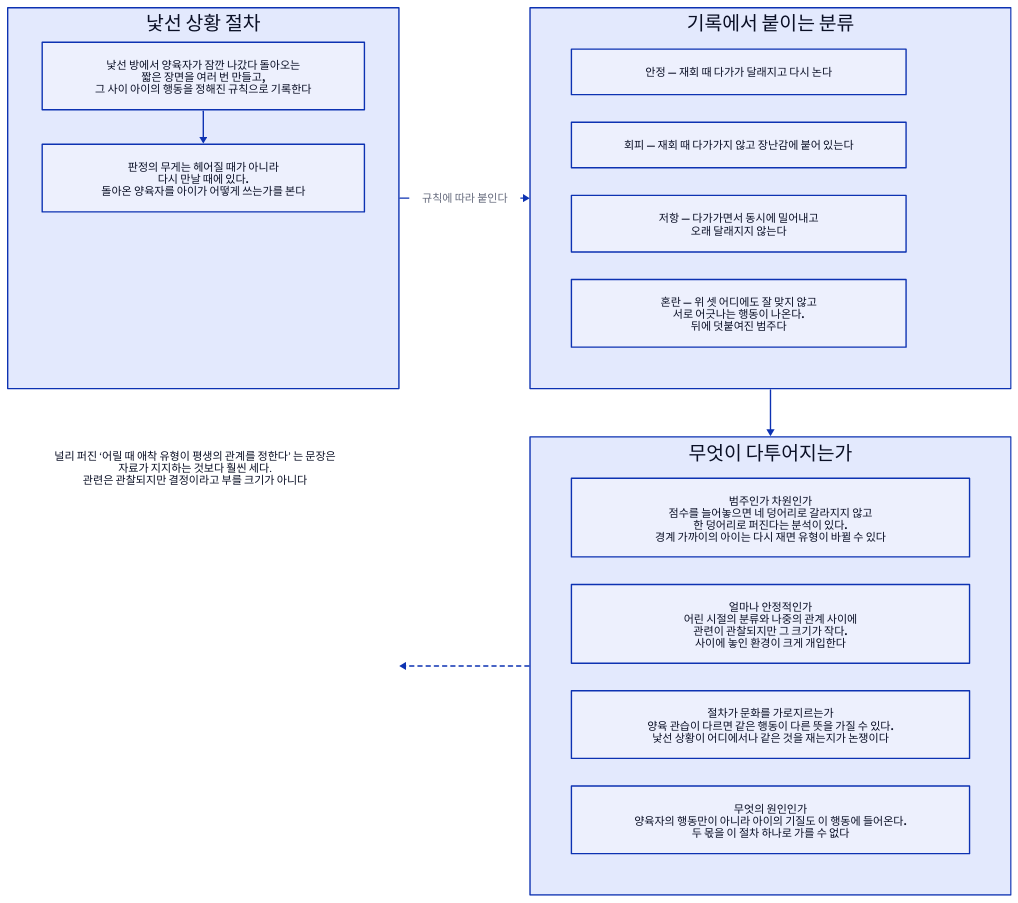
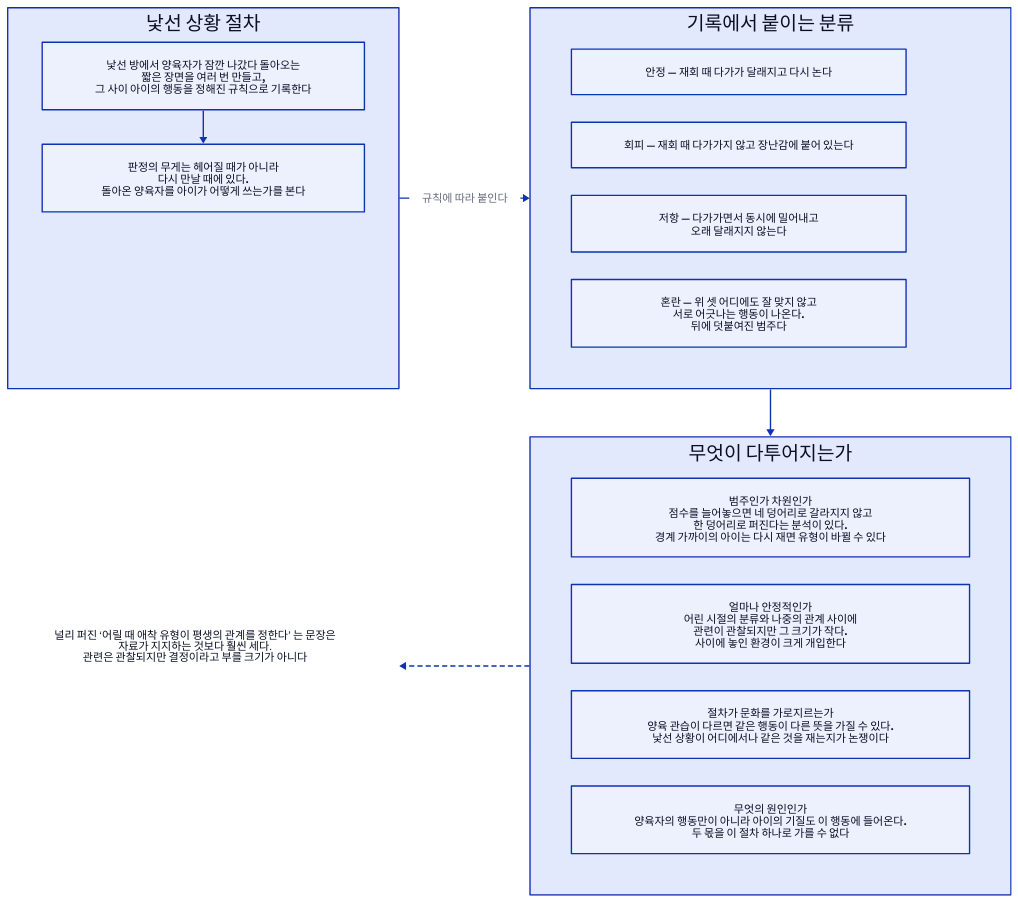
Before and after one commit to Dong-gi/Dong-gi.github.io: the diagram in d2/psychology/psy-d-attachment.d2, drawn with D2. The commit also changed 369 other files, not shown here.

```diff
--- a/d2/psychology/psy-d-attachment.d2
+++ b/d2/psychology/psy-d-attachment.d2
@@ -1,48 +1,50 @@
 # 애착 — 절차와 분류, 그리고 그 분류를 둘러싼 논쟁. 심리학 15장.
 #
 # 무엇을 읽어야 하나: ‘무엇이 다투어지는가’ 칸의 논쟁이 ‘애착이 있느냐’ 가 아니라
 # ‘유형으로 나누는 것이 옳으냐’ 라는 것.
 #
 # 배치: 칸을 두 줄로 접었다 — 절차 → 분류 → 논쟁 → 주의 순으로 화살표를 따라 읽는다
 # (그래서 ‘주의’ 를 ‘논쟁’ 보다 먼저 적었다).
 direction: down
 grid-rows: 2
 grid-columns: 2
 horizontal-gap: 190
 vertical-gap: 70
 
 절차: {
   label: "낯선 상황 절차"
   grid-columns: 1
   grid-gap: 50
   설명: { label: "낯선 방에서 양육자가 잠깐 나갔다 돌아오는\n짧은 장면을 여러 번 만들고,\n그 사이 아이의 행동을 정해진 규칙으로 기록한다" }
   핵심: { label: "판정의 무게는 헤어질 때가 아니라\n다시 만날 때에 있다.\n돌아온 양육자를 아이가 어떻게 쓰는가를 본다"; style.bold: true }
   설명 -> 핵심
 }
 
 분류: {
   label: "기록에서 붙이는 분류"
   grid-columns: 1
   안정: { label: "안정 — 재회 때 다가가 달래지고 다시 논다" }
   회피: { label: "회피 — 재회 때 다가가지 않고 장난감에 붙어 있는다" }
   저항: { label: "저항 — 다가가면서 동시에 밀어내고\n오래 달래지지 않는다" }
   혼란: { label: "혼란 — 위 셋 어디에도 잘 맞지 않고\n서로 어긋나는 행동이 나온다.\n뒤에 덧붙여진 범주다" }
 }
 
+# 격자 칸은 ‘논쟁’ 묶음만큼 높은데 글 상자는 칸 위쪽에 붙고 점선은 칸 가운데로 온다.
+# 빈 줄로 글을 점선 높이까지 내린다(그러지 않으면 점선이 빈 곳을 가리킨다)
 주의: {
-  label: "　\n널리 퍼진 ‘어릴 때 애착 유형이 평생의 관계를 정한다’ 는 문장은\n자료가 지지하는 것보다 훨씬 세다.\n관련은 관찰되지만 결정이라고 부를 크기가 아니다"
+  label: "　\n　\n　\n　\n　\n　\n　\n　\n　\n　\n　\n　\n　\n　\n　\n　\n　\n널리 퍼진 ‘어릴 때 애착 유형이 평생의 관계를 정한다’ 는 문장은\n자료가 지지하는 것보다 훨씬 세다.\n관련은 관찰되지만 결정이라고 부를 크기가 아니다"
   shape: text
 }
 
 논쟁: {
   label: "무엇이 다투어지는가"
   grid-columns: 1
   d1: { label: "범주인가 차원인가\n점수를 늘어놓으면 네 덩어리로 갈라지지 않고\n한 덩어리로 퍼진다는 분석이 있다.\n경계 가까이의 아이는 다시 재면 유형이 바뀔 수 있다"; style.bold: true }
   d2: { label: "얼마나 안정적인가\n어린 시절의 분류와 나중의 관계 사이에\n관련이 관찰되지만 그 크기가 작다.\n사이에 놓인 환경이 크게 개입한다" }
   d3: { label: "절차가 문화를 가로지르는가\n양육 관습이 다르면 같은 행동이 다른 뜻을 가질 수 있다.\n낯선 상황이 어디에서나 같은 것을 재는지가 논쟁이다" }
   d4: { label: "무엇의 원인인가\n양육자의 행동만이 아니라 아이의 기질도 이 행동에 들어온다.\n두 몫을 이 절차 하나로 가를 수 없다" }
 }
 
 절차 -> 분류: { label: "규칙에 따라 붙인다" }
 분류 -> 논쟁
 논쟁 -> 주의: { style.stroke-dash: 3 }
```
